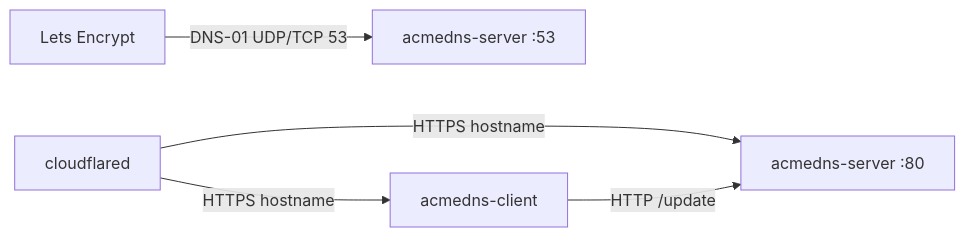
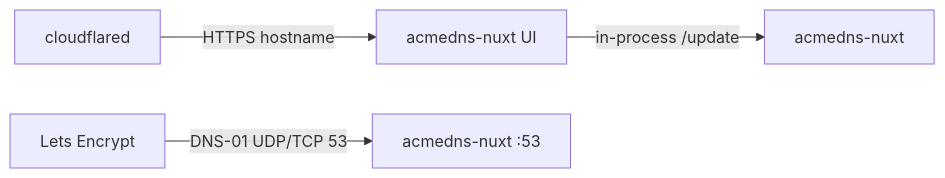
The diagram in .wiki/Home.md (HariantoAtWork/dns01-proxy), drawn with Mermaid before and after one commit. The commit also changed other lines of this file and 144 other files, not shown here.

````diff
--- a/.wiki/Home.md
+++ b/.wiki/Home.md
@@ -19,7 +19,6 @@
 ```mermaid
 flowchart LR
-  Client[acmedns-client] -->|HTTP /update| API[acmedns-server :80]
-  LE[Lets Encrypt] -->|DNS-01 UDP/TCP 53| DNS[acmedns-server :53]
-  Tunnel[cloudflared] -->|HTTPS hostname| API
-  Tunnel -->|HTTPS hostname| Client
+  UI[acmedns-nuxt UI] -->|in-process /update| API[acmedns-nuxt]
+  LE[Lets Encrypt] -->|DNS-01 UDP/TCP 53| DNS[acmedns-nuxt :53]
+  Tunnel[cloudflared] -->|HTTPS hostname| UI
 ```
````
